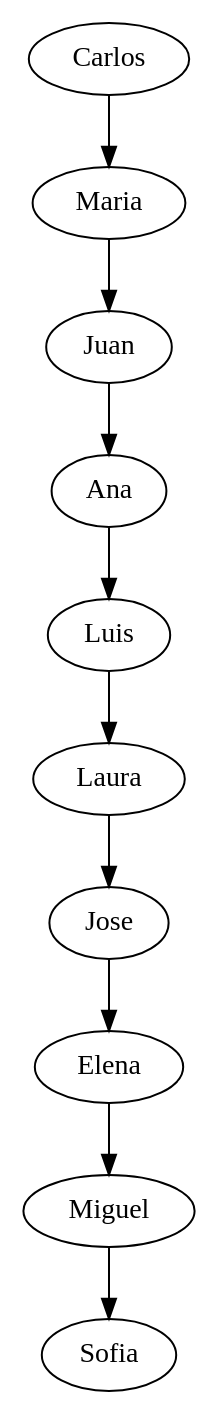
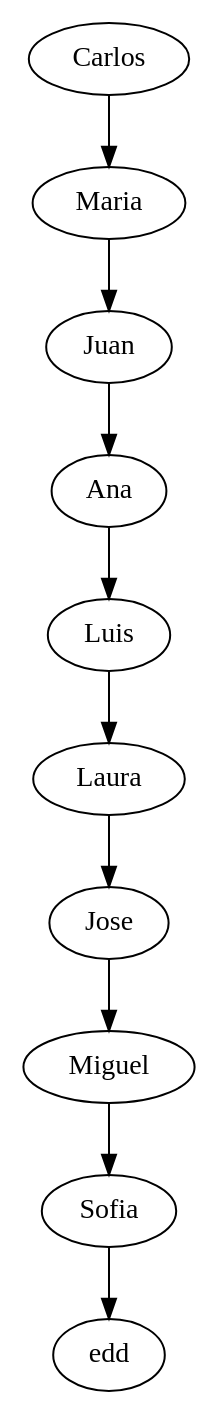
Before and after one commit to AbdielOtzoy/-EDD-Proyecto_202300350: the diagram in fase1/usuarios.dot, drawn with Graphviz. The commit also changed 109 other files, not shown here.

```diff
--- a/fase1/usuarios.dot
+++ b/fase1/usuarios.dot
@@ -1,21 +1,21 @@
 digraph G {
 Carlos [label="Carlos"];
 Maria [label="Maria"];
 Juan [label="Juan"];
 Ana [label="Ana"];
 Luis [label="Luis"];
 Laura [label="Laura"];
 Jose [label="Jose"];
-Elena [label="Elena"];
 Miguel [label="Miguel"];
 Sofia [label="Sofia"];
+edd [label="edd"];
 Carlos -> Maria;
 Maria -> Juan;
 Juan -> Ana;
 Ana -> Luis;
 Luis -> Laura;
 Laura -> Jose;
-Jose -> Elena;
-Elena -> Miguel;
+Jose -> Miguel;
 Miguel -> Sofia;
+Sofia -> edd;
 }
```
